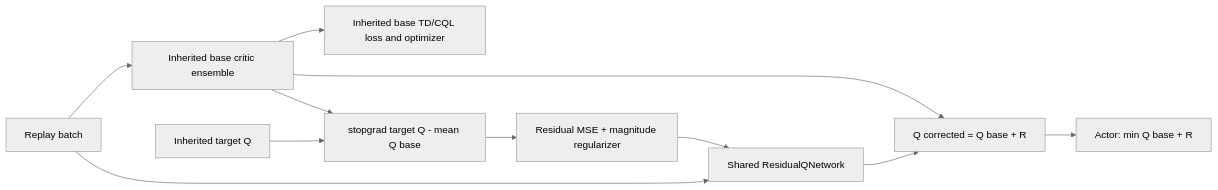
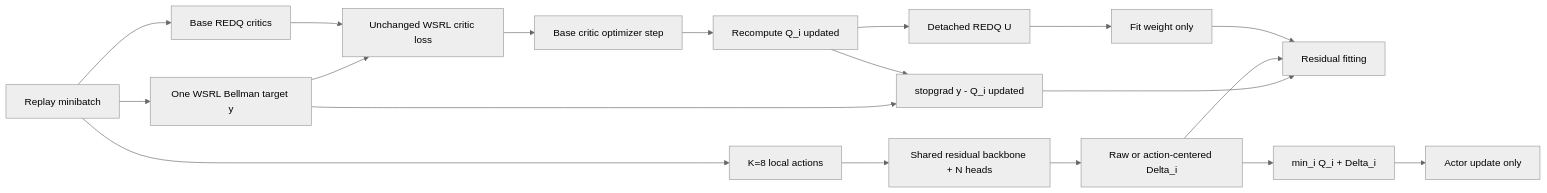
The diagram in handoff/05_lancet_implementation.md (xiancaigua/Lancet_2nd), drawn with Mermaid (neutral theme) before and after one commit. The commit also changed other lines of this file and 48 other files, not shown here.

````diff
--- a/handoff/05_lancet_implementation.md
+++ b/handoff/05_lancet_implementation.md
@@ -21,13 +19,21 @@
 ```mermaid
 flowchart LR
-    B[Replay batch] --> Q[Inherited base critic ensemble]
-    B --> R[Shared ResidualQNetwork]
-    Q --> BC[Inherited base TD/CQL loss and optimizer]
-    Q --> CQ[Q corrected = Q base + R]
-    R --> CQ
-    CQ --> A[Actor: min Q base + R]
-    T[Inherited target Q] --> RT[stopgrad target Q - mean Q base]
-    Q --> RT
-    RT --> RL[Residual MSE + magnitude regularizer]
-    RL --> R
+    B[Replay minibatch] --> Y[One WSRL Bellman target y]
+    B --> Q[Base REDQ critics]
+    Y --> LQ[Unchanged WSRL critic loss]
+    Q --> LQ
+    LQ --> S[Base critic optimizer step]
+    S --> QU[Recompute Q_i updated]
+    Y --> TD[stopgrad y - Q_i updated]
+    QU --> TD
+    B --> A[K=8 local actions]
+    A --> R[Shared residual backbone + N heads]
+    R --> D[Raw or action-centered Delta_i]
+    TD --> LR[Residual fitting]
+    D --> LR
+    QU --> U[Detached REDQ U]
+    U --> W[Fit weight only]
+    W --> LR
+    D --> USE[min_i Q_i + Delta_i]
+    USE --> ACT[Actor update only]
 ```
````
